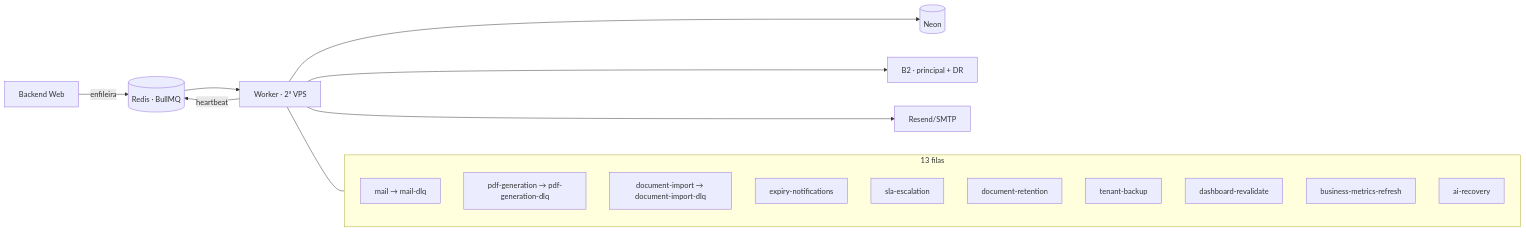
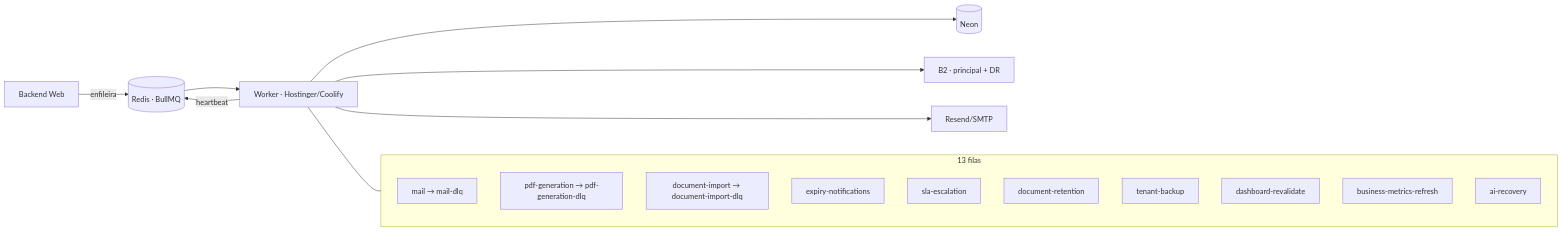
Before and after one commit to complianceX/sgsseguranca: the fourth of 5 diagrams in docs/architecture/SGS-FLUXOGRAMA-COMPLETO.md, drawn with Mermaid. The commit also changed other lines of this file and 55 other files, not shown here.

````diff
--- a/docs/architecture/SGS-FLUXOGRAMA-COMPLETO.md
+++ b/docs/architecture/SGS-FLUXOGRAMA-COMPLETO.md
@@ -197,25 +197,25 @@
 ```mermaid
 flowchart LR
     API[Backend Web] -- enfileira --> REDIS[(Redis · BullMQ)]
-    REDIS --> WORKER[Worker · 2ª VPS]
+    REDIS --> WORKER[Worker · Hostinger/Coolify]
 
     subgraph FILAS[13 filas]
         direction TB
         Q1[mail → mail-dlq]
         Q2[pdf-generation → pdf-generation-dlq]
         Q3[document-import → document-import-dlq]
         Q4[expiry-notifications]
         Q5[sla-escalation]
         Q6[document-retention]
         Q7[tenant-backup]
         Q8[dashboard-revalidate]
         Q9[business-metrics-refresh]
         Q10[ai-recovery]
     end
 
     WORKER --- FILAS
     WORKER --> PG[(Neon)]
     WORKER --> B2[B2 · principal + DR]
     WORKER --> MAIL[Resend/SMTP]
     WORKER -- heartbeat --> REDIS
 ```
````
